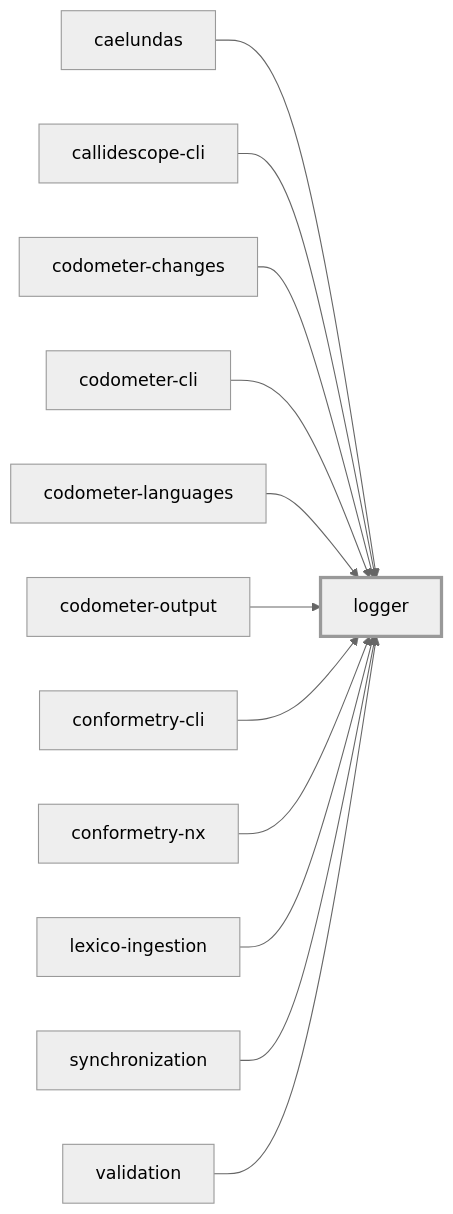
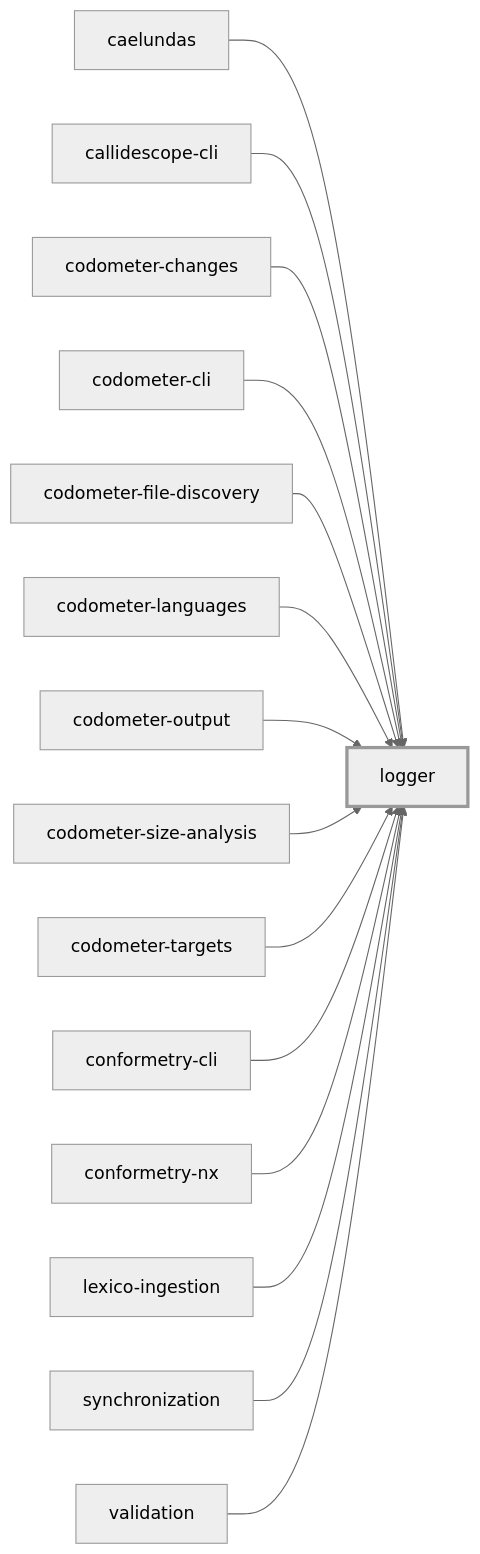
The first of 2 diagrams in packages/logger/README.md (JimmyPaolini/codebase), drawn with Mermaid (neutral theme) before and after one commit. The commit also changed 100 other files, not shown here.

````diff
--- a/packages/logger/README.md
+++ b/packages/logger/README.md
@@ -77,28 +77,34 @@
 ```mermaid
 flowchart LR
   caelundas["caelundas"]
   callidescope_cli["callidescope-cli"]
   codometer_changes["codometer-changes"]
   codometer_cli["codometer-cli"]
+  codometer_file_discovery["codometer-file-discovery"]
   codometer_languages["codometer-languages"]
   codometer_output["codometer-output"]
+  codometer_size_analysis["codometer-size-analysis"]
+  codometer_targets["codometer-targets"]
   conformetry_cli["conformetry-cli"]
   conformetry_nx["conformetry-nx"]
   lexico_ingestion["lexico-ingestion"]
   logger["logger"]
   synchronization["synchronization"]
   validation["validation"]
   caelundas --> logger
   callidescope_cli --> logger
   codometer_changes --> logger
   codometer_cli --> logger
+  codometer_file_discovery --> logger
   codometer_languages --> logger
   codometer_output --> logger
+  codometer_size_analysis --> logger
+  codometer_targets --> logger
   conformetry_cli --> logger
   conformetry_nx --> logger
   lexico_ingestion --> logger
   synchronization --> logger
   validation --> logger
   classDef subject stroke-width:3px
   class logger subject
 ```
````
